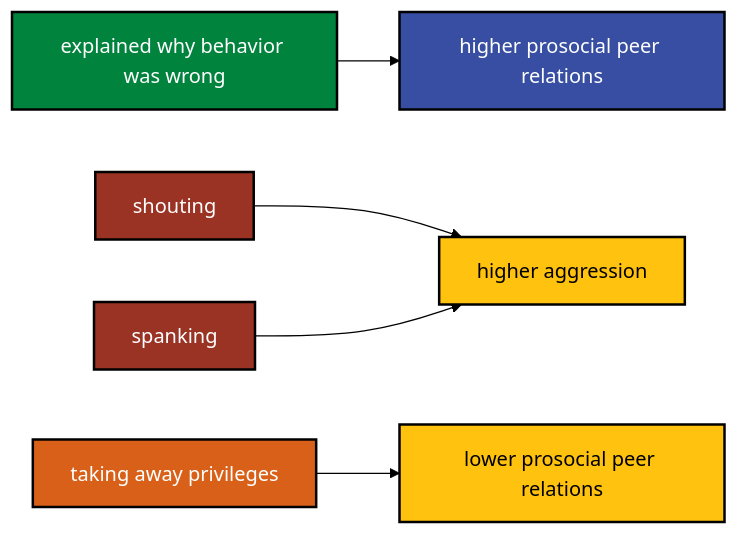
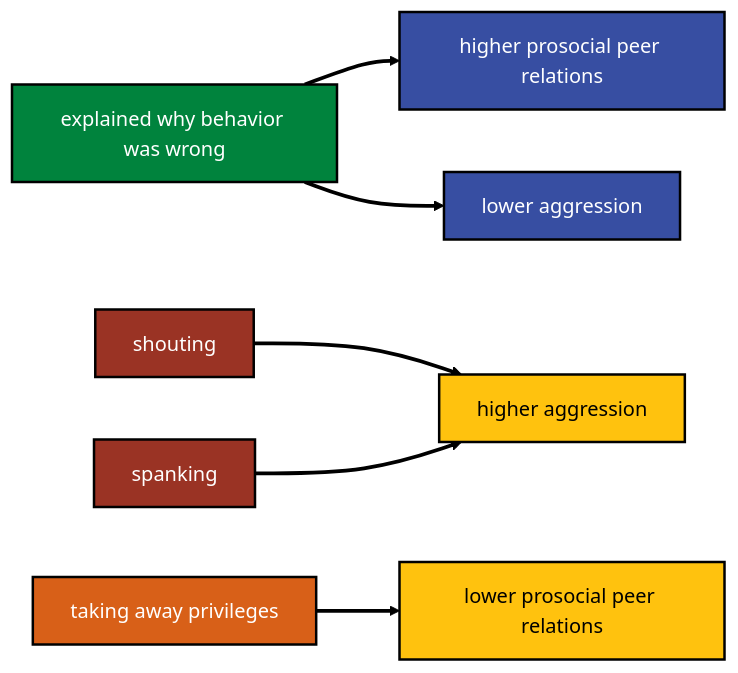
Before and after one commit to agrogan1/closeread: the second of 5 diagrams in parenting.qmd, drawn with Mermaid (forest theme). The commit also changed other lines of this file and 1 other file, not shown here.

Commit message:
updated graphics: explaining -> lower aggression; thicker line width

````diff
--- a/parenting.qmd
+++ b/parenting.qmd
@@ -196,24 +199,29 @@
 ```{mermaid}
   
 flowchart LR
 
   classDef yellow fill:#FFC20E,stroke:#000000,stroke-width:2px,color:#000000;
   
   classDef blue fill:#374EA2,stroke:#000000,stroke-width:2px,color:#FFFFFF;
   
   classDef green fill:#00833D,stroke:#000000,stroke-width:2px,color:#FFFFFF;
   
   classDef orange fill:#D86018,stroke:#000000,stroke-width:2px,color:#FFFFFF;
   
   classDef red fill:#9A3324,stroke:#000000,stroke-width:2px,color:#FFFFFF;
   
   explained[explained why behavior was wrong]:::green 
   
   explained --> higherprosocial[higher prosocial peer relations]:::blue
   
+  explained --> loweraggression[lower aggression]:::blue
+  
   shouting:::red --> higheraggression[higher aggression]:::yellow
   
   spanking:::red --> higheraggression
   
   takingawayprivileges[taking away privileges]:::orange --> lowerprosocial[lower prosocial peer relations]:::yellow
+  
+  linkStyle 0,1,2,3,4 stroke:#000000,stroke-width:3px,color:black;
+
 ```
````
